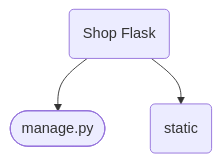
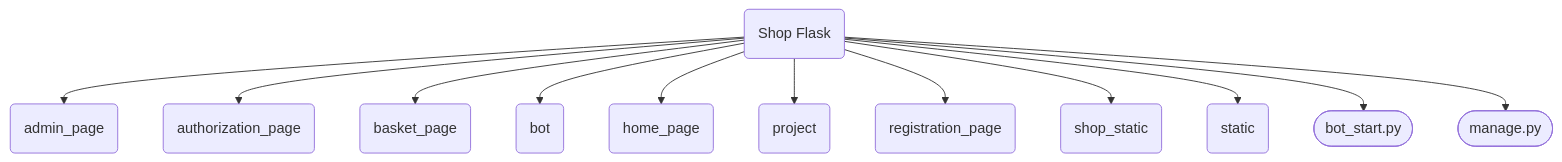
Before and after one commit to TereshonokMaksim/Shop-Flask: the diagram in README.md, drawn with Mermaid.

````diff
--- a/README.md
+++ b/README.md
@@ -176,5 +176,14 @@
 ```mermaid
 flowchart TD
+    A(Shop Flask) --> L(admin_page);
+    A(Shop Flask) --> K(authorization_page);
+    A(Shop Flask) --> J(basket_page);
+    A(Shop Flask) --> I(bot);
+    A(Shop Flask) --> H(home_page);
+    A(Shop Flask) --> G(project);
+    A(Shop Flask) --> F(registration_page);
+    A(Shop Flask) --> E(shop_static);
+    A(Shop Flask) --> D(static);
+    A(Shop Flask) --> C([bot_start.py]);
     A(Shop Flask) --> B([manage.py]);
-    A(Shop Flask) --> C(static);
 ```
````
